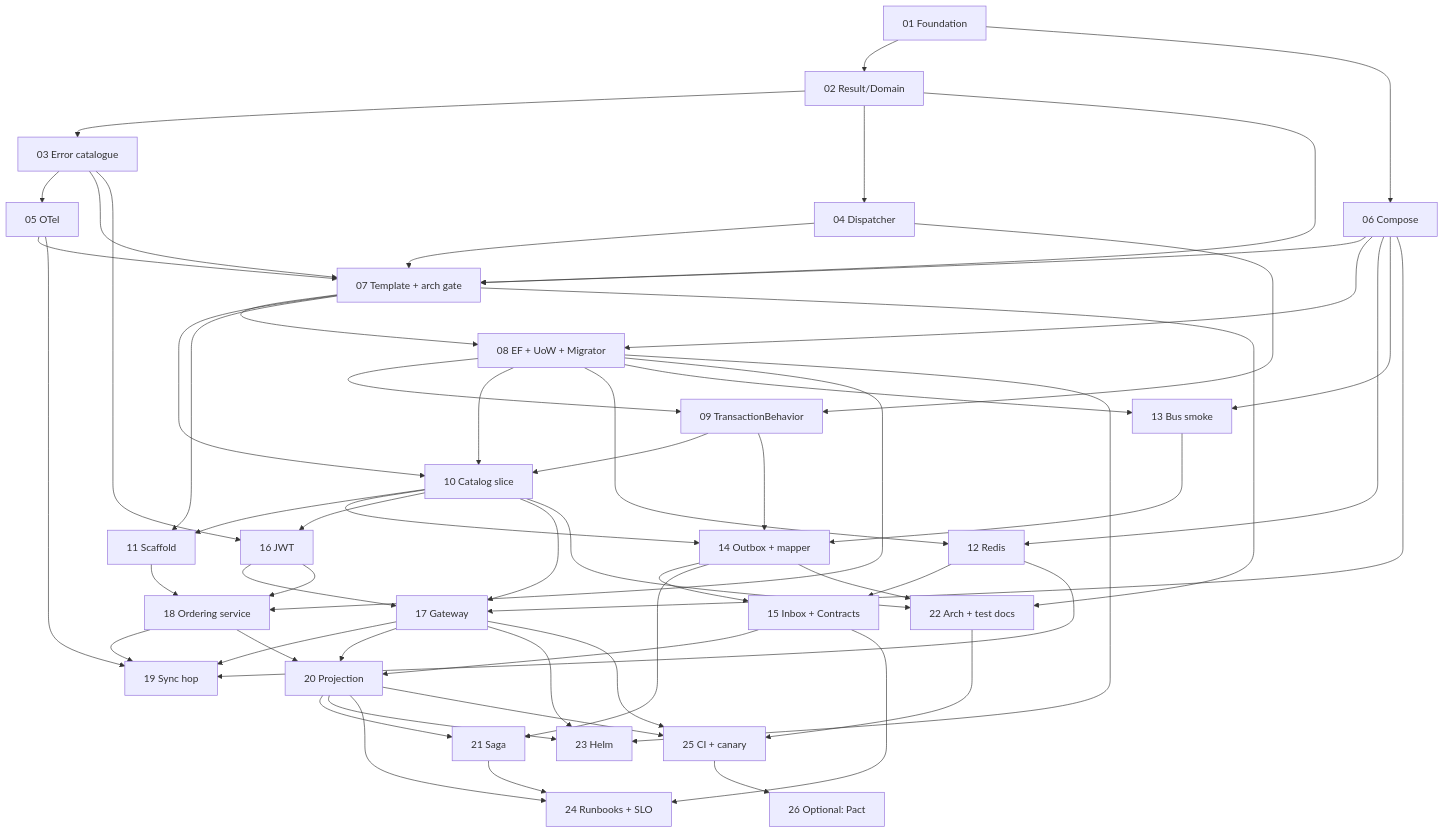
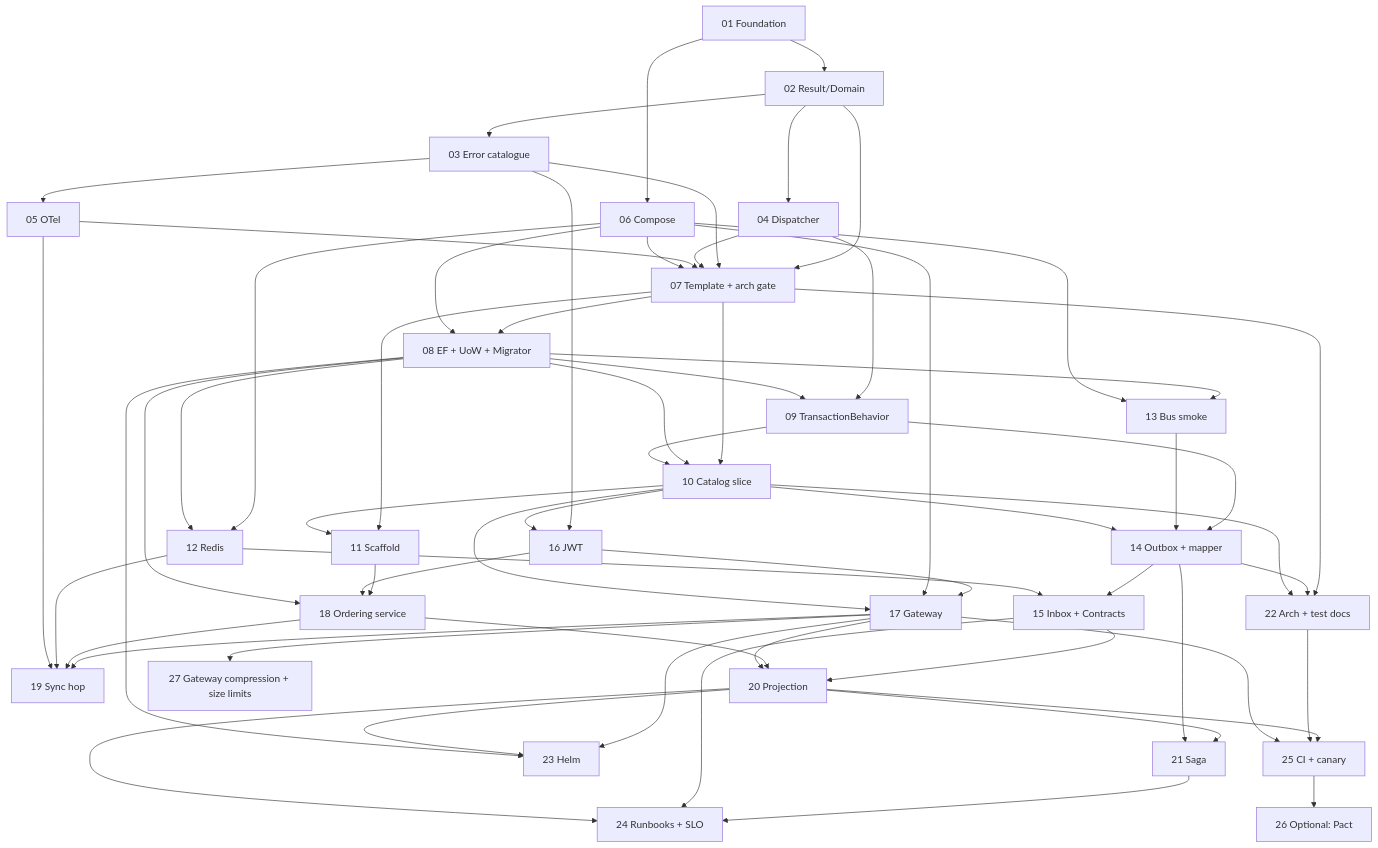
One commit to alexander-shamray/dotnet-ddd-blueprint changed the diagram in docs/backend-architecture/appendix-c-delivery-plan.md. Above: the diagram before and after it, drawn with Mermaid. The commit also changed other lines of this file and 3 other files, not shown here.

````diff
--- a/docs/backend-architecture/appendix-c-delivery-plan.md
+++ b/docs/backend-architecture/appendix-c-delivery-plan.md
@@ -105,61 +107,62 @@
 ```mermaid
 flowchart TD
     P01[01 Foundation] --> P02[02 Result/Domain]
     P01 --> P06[06 Compose]
     P02 --> P03[03 Error catalogue]
     P02 --> P04[04 Dispatcher]
     P03 --> P05[05 OTel]
     P02 --> P07[07 Template + arch gate]
     P03 --> P07
     P04 --> P07
     P05 --> P07
     P06 --> P07
     P07 --> P08[08 EF + UoW + Migrator]
     P06 --> P08
     P04 --> P09[09 TransactionBehavior]
     P08 --> P09
     P07 --> P10[10 Catalog slice]
     P08 --> P10
     P09 --> P10
     P07 --> P11[11 Scaffold]
     P10 --> P11
     P06 --> P12[12 Redis]
     P08 --> P12
     P08 --> P13[13 Bus smoke]
     P06 --> P13
     P09 --> P14[14 Outbox + mapper]
     P13 --> P14
     P10 --> P14
     P14 --> P15[15 Inbox + Contracts]
     P12 --> P15
     P03 --> P16[16 JWT]
     P10 --> P16
     P16 --> P17[17 Gateway]
     P06 --> P17
     P10 --> P17
     P11 --> P18[18 Ordering service]
     P16 --> P18
     P08 --> P18
     P17 --> P19[19 Sync hop]
     P18 --> P19
     P12 --> P19
     P05 --> P19
     P15 --> P20[20 Projection]
     P18 --> P20
     P17 --> P20
     P20 --> P21[21 Saga]
     P14 --> P21
     P07 --> P22[22 Arch + test docs]
     P14 --> P22
     P10 --> P22
     P17 --> P23[23 Helm]
     P20 --> P23
     P08 --> P23
     P21 --> P24[24 Runbooks + SLO]
     P15 --> P24
     P20 --> P24
     P20 --> P25[25 CI + canary]
     P22 --> P25
     P17 --> P25
+    P17 --> P27[27 Gateway compression + size limits]
     P25 --> P26[26 Optional: Pact]
 ```
````
